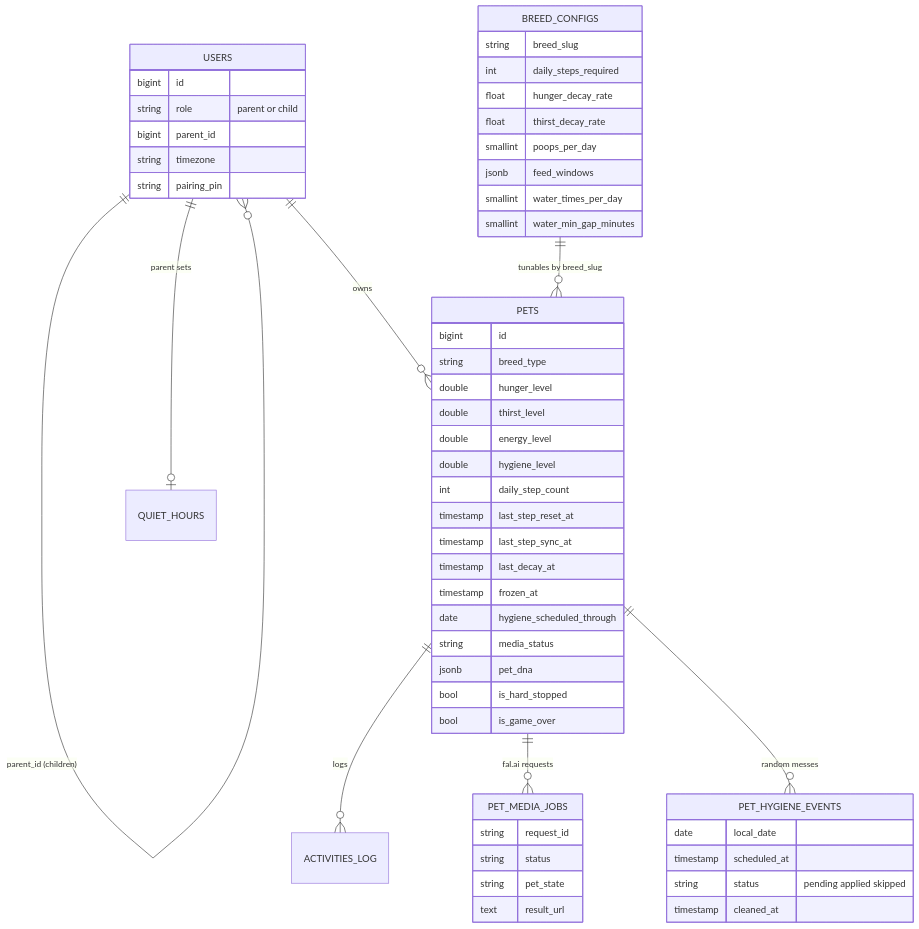
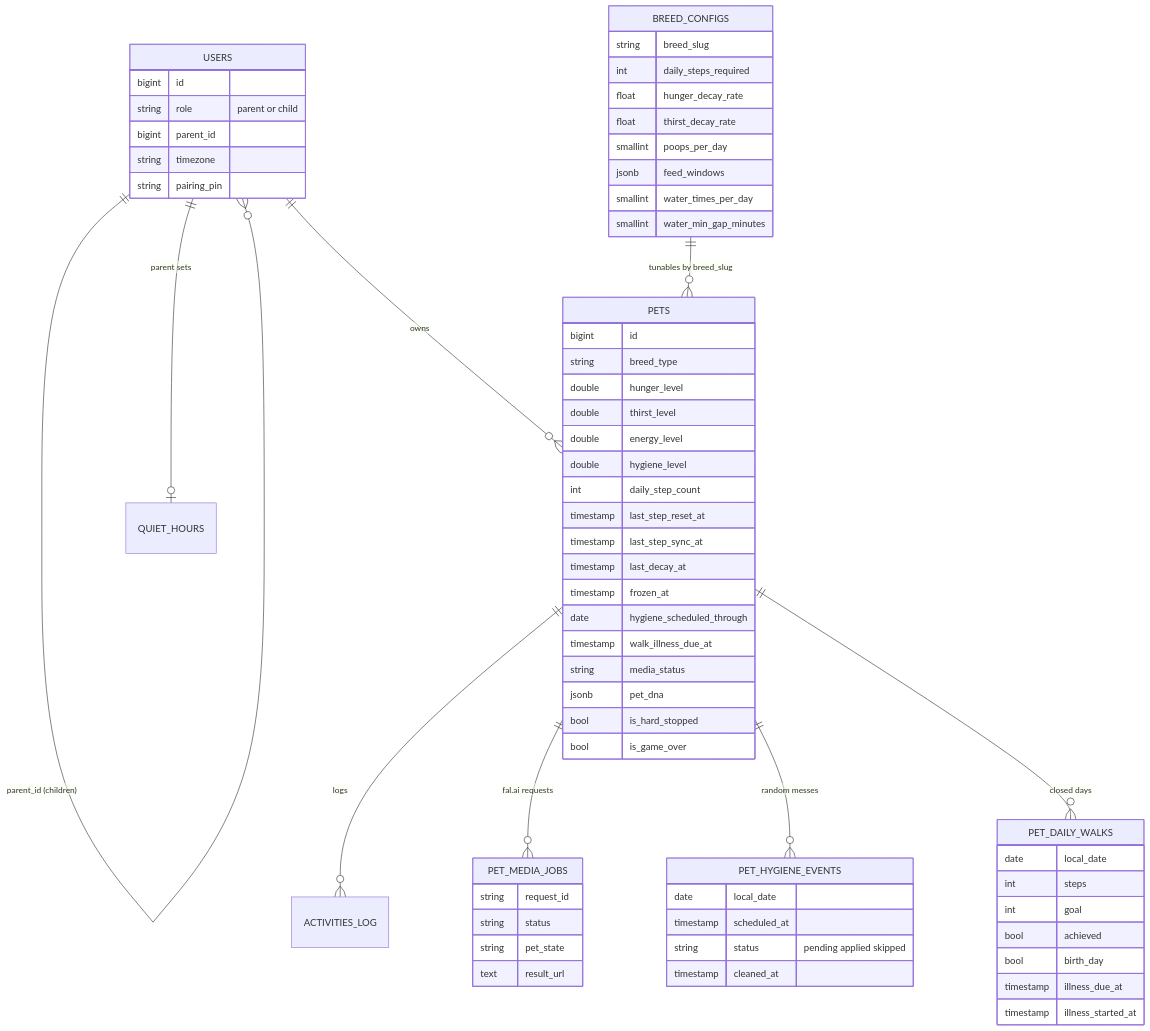
The seventh of 8 diagrams in docs/engineering/DIAGRAMS.md (DataVallis/pet-prep), drawn with Mermaid before and after one commit. The commit also changed other lines of this file and 9 other files, not shown here.

First line of the commit message:
docs: illness recovery and daily walk rule (spec, decisions, diagrams) [M1-04, M1-05, M1-06]

````diff
--- a/docs/engineering/DIAGRAMS.md
+++ b/docs/engineering/DIAGRAMS.md
@@ -143,57 +164,68 @@
 ```mermaid
 erDiagram
   USERS ||--o{ USERS : "parent_id (children)"
   USERS ||--o{ PETS : owns
   USERS ||--o| QUIET_HOURS : "parent sets"
   PETS ||--o{ ACTIVITIES_LOG : logs
   PETS ||--o{ PET_MEDIA_JOBS : "fal.ai requests"
   PETS ||--o{ PET_HYGIENE_EVENTS : "random messes"
+  PETS ||--o{ PET_DAILY_WALKS : "closed days"
   BREED_CONFIGS ||--o{ PETS : "tunables by breed_slug"
   USERS {
     bigint id
     string role "parent or child"
     bigint parent_id
     string timezone
     string pairing_pin
   }
   PETS {
     bigint id
     string breed_type
     double hunger_level
     double thirst_level
     double energy_level
     double hygiene_level
     int daily_step_count
     timestamp last_step_reset_at
     timestamp last_step_sync_at
     timestamp last_decay_at
     timestamp frozen_at
     date hygiene_scheduled_through
+    timestamp walk_illness_due_at
     string media_status
     jsonb pet_dna
     bool is_hard_stopped
     bool is_game_over
   }
   BREED_CONFIGS {
     string breed_slug
     int daily_steps_required
     float hunger_decay_rate
     float thirst_decay_rate
     smallint poops_per_day
     jsonb feed_windows
     smallint water_times_per_day
     smallint water_min_gap_minutes
   }
   PET_HYGIENE_EVENTS {
     date local_date
     timestamp scheduled_at
     string status "pending applied skipped"
     timestamp cleaned_at
   }
+  PET_DAILY_WALKS {
+    date local_date
+    int steps
+    int goal
+    bool achieved
+    bool birth_day
+    timestamp illness_due_at
+    timestamp illness_started_at
+  }
   PET_MEDIA_JOBS {
     string request_id
     string status
     string pet_state
     text result_url
   }
 ```
````
